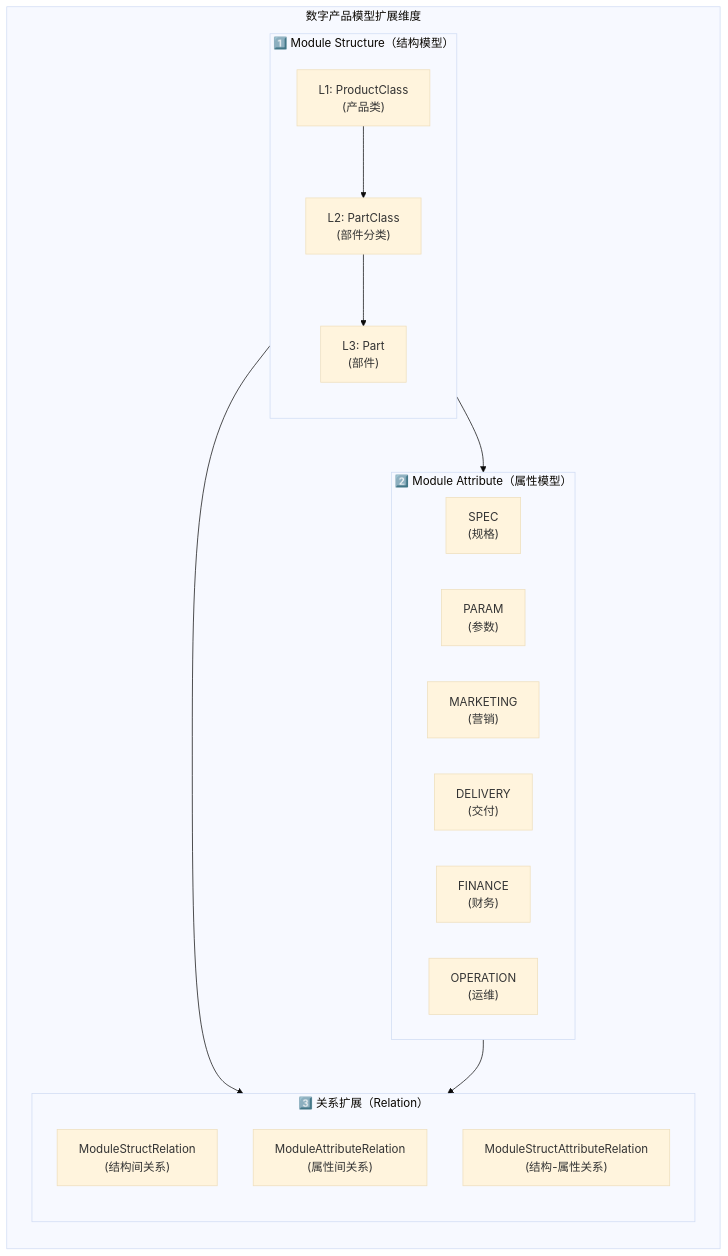
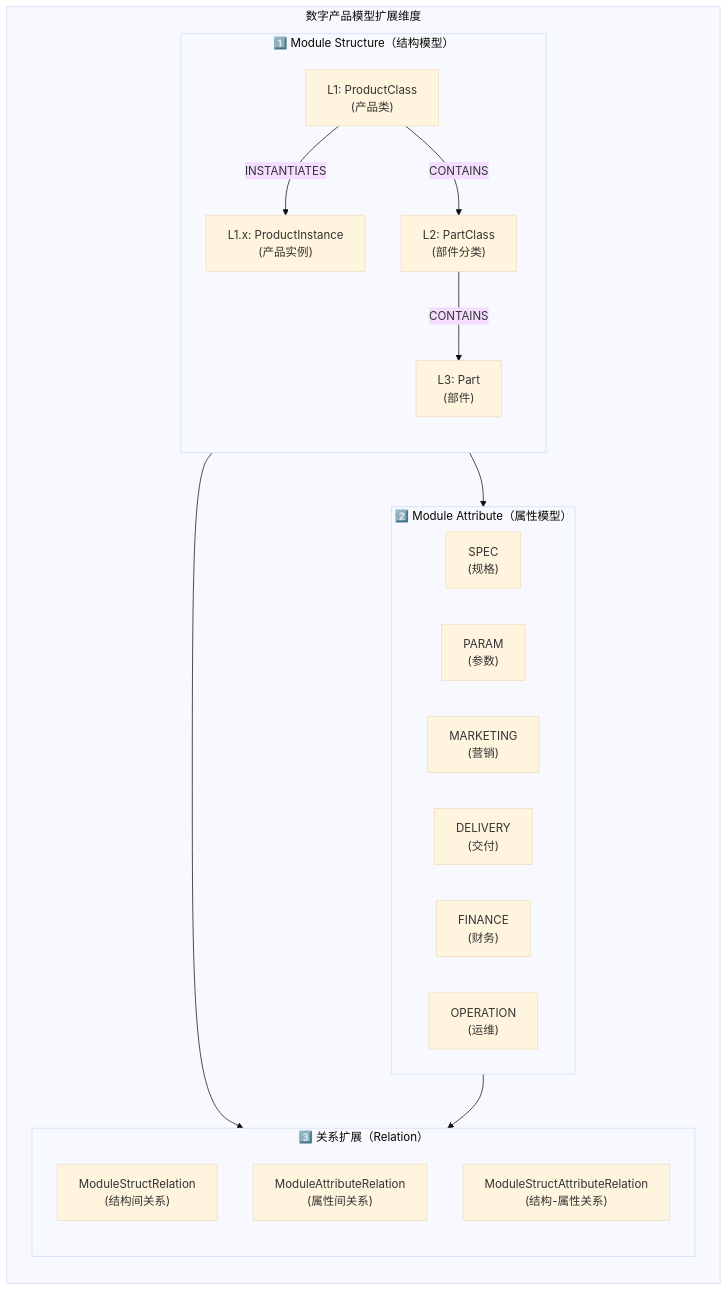
The fifth of 16 diagrams in docs/数字产品系统架构设计说明书.md (goflyboy/digitalproduct), drawn with Mermaid (base theme) before and after one commit. The commit also changed other lines of this file and 4 other files, not shown here.

````diff
--- a/docs/数字产品系统架构设计说明书.md
+++ b/docs/数字产品系统架构设计说明书.md
@@ -2553,36 +2560,38 @@
 ```mermaid
 flowchart TB
     subgraph Extended["数字产品模型扩展维度"]
         direction TB
 
         subgraph Structure["1️⃣ Module Structure（结构模型）"]
             direction TB
             S1["L1: ProductClass<br/>(产品类)"]
+            S1x["L1.x: ProductInstance<br/>(产品实例)"]
             S2["L2: PartClass<br/>(部件分类)"]
             S3["L3: Part<br/>(部件)"]
-            S1 --> S2
-            S2 --> S3
+            S1 -->|INSTANTIATES| S1x
+            S1 -->|CONTAINS| S2
+            S2 -->|CONTAINS| S3
         end
 
         subgraph Attribute["2️⃣ Module Attribute（属性模型）"]
             direction LR
             A1["SPEC<br/>(规格)"]
             A2["PARAM<br/>(参数)"]
             A3["MARKETING<br/>(营销)"]
             A4["DELIVERY<br/>(交付)"]
             A5["FINANCE<br/>(财务)"]
             A6["OPERATION<br/>(运维)"]
         end
 
         subgraph Rel["3️⃣ 关系扩展（Relation）"]
             direction TB
             R1["ModuleStructRelation<br/>(结构间关系)"]
             R2["ModuleAttributeRelation<br/>(属性间关系)"]
             R3["ModuleStructAttributeRelation<br/>(结构-属性关系)"]
         end
     end
 
     Structure --> Attribute
     Structure --> Rel
     Attribute --> Rel
 ```
````
